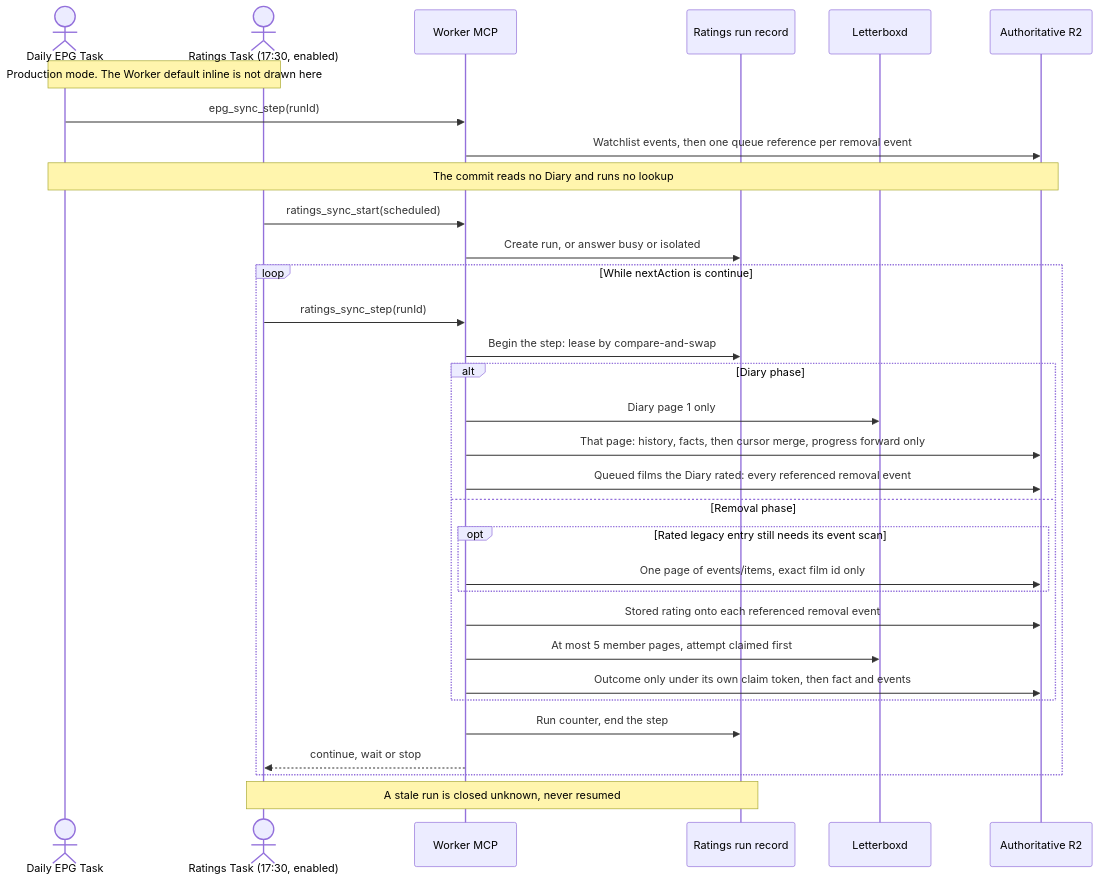
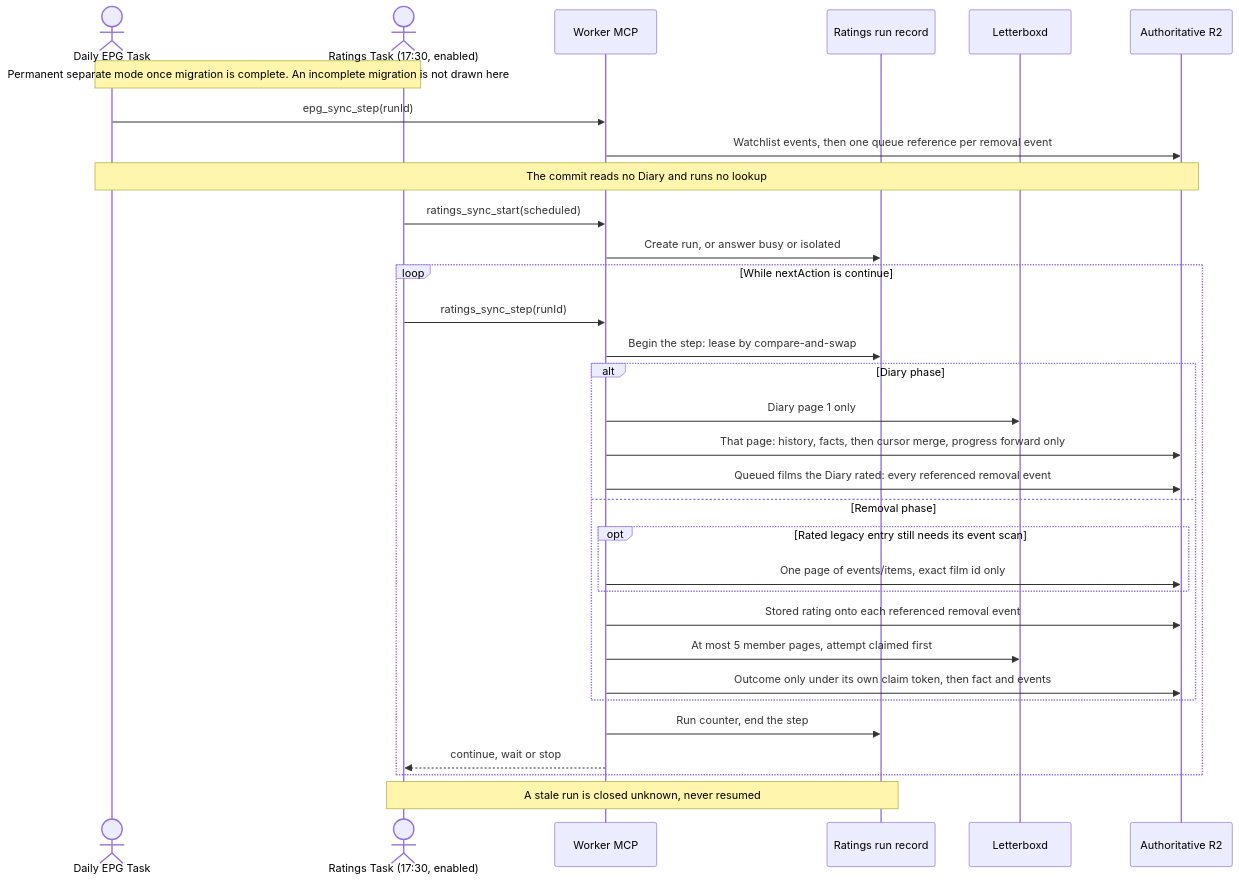
One commit to vladimino/iptv-watchlist changed the fifth of 6 diagrams in docs/architecture/scheduling-and-orchestration.md. Above: the diagram before and after it, drawn with Mermaid. The commit also changed other lines of this file and 28 other files, not shown here.

First line of the commit message:
Retire RATINGS_PIPELINE so migrated ratings stay separate without the binding.

````diff
--- a/docs/architecture/scheduling-and-orchestration.md
+++ b/docs/architecture/scheduling-and-orchestration.md
@@ -139,34 +139,34 @@
 ```mermaid
 sequenceDiagram
     actor Daily as Daily EPG Task
     actor Ratings as Ratings Task (17:30, enabled)
-    Note over Daily,Ratings: Production mode. The Worker default inline is not drawn here
+    Note over Daily,Ratings: Permanent separate mode once migration is complete. An incomplete migration is not drawn here
     participant MCP as Worker MCP
     participant Run as Ratings run record
     participant LB as Letterboxd
     participant R2 as Authoritative R2
     Daily->>MCP: epg_sync_step(runId)
     MCP->>R2: Watchlist events, then one queue reference per removal event
     Note over Daily,R2: The commit reads no Diary and runs no lookup
     Ratings->>MCP: ratings_sync_start(scheduled)
     MCP->>Run: Create run, or answer busy or isolated
     loop While nextAction is continue
         Ratings->>MCP: ratings_sync_step(runId)
         MCP->>Run: Begin the step: lease by compare-and-swap
         alt Diary phase
             MCP->>LB: Diary page 1 only
             MCP->>R2: That page: history, facts, then cursor merge, progress forward only
             MCP->>R2: Queued films the Diary rated: every referenced removal event
         else Removal phase
             opt Rated legacy entry still needs its event scan
                 MCP->>R2: One page of events/items, exact film id only
             end
             MCP->>R2: Stored rating onto each referenced removal event
             MCP->>LB: At most 5 member pages, attempt claimed first
             MCP->>R2: Outcome only under its own claim token, then fact and events
         end
         MCP->>Run: Run counter, end the step
         MCP-->>Ratings: continue, wait or stop
     end
     Note over Ratings,Run: A stale run is closed unknown, never resumed
 ```
````
